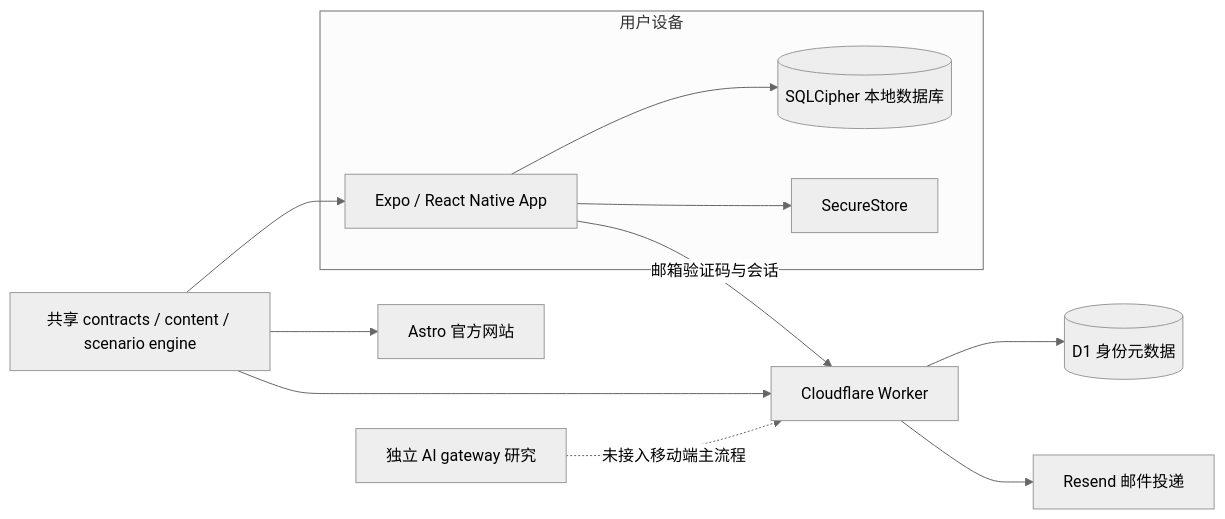
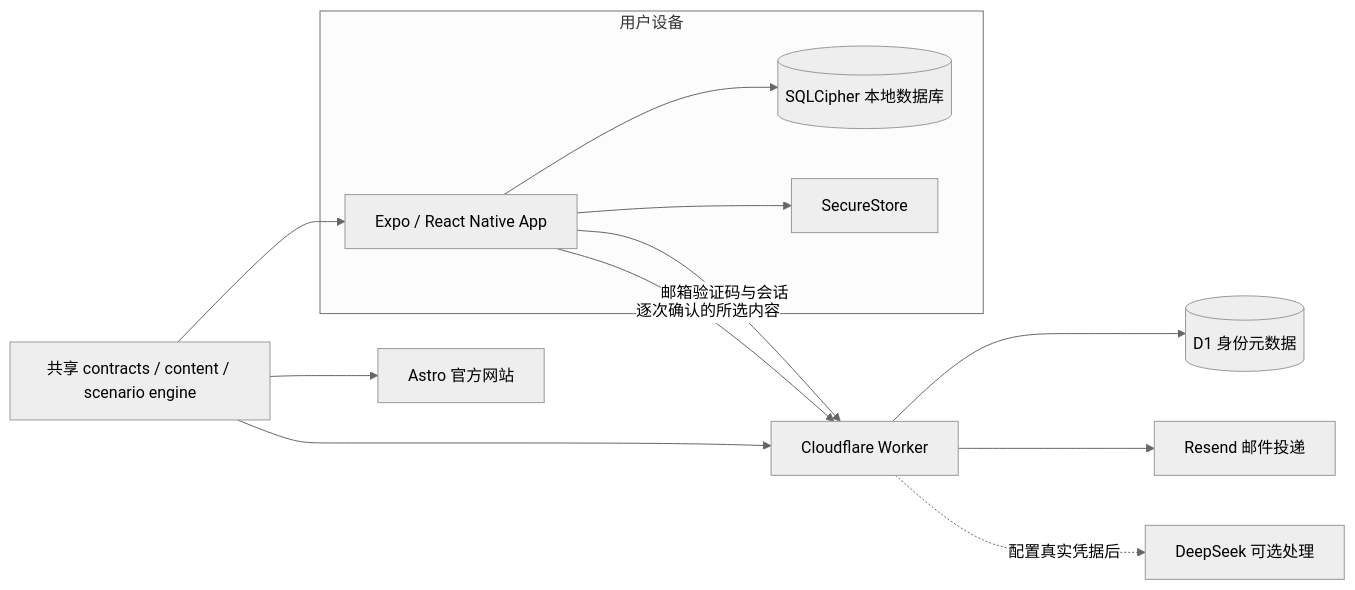
The diagram in README.md (CarterWells111/CAVE), drawn with Mermaid (neutral theme) before and after one commit. The commit also changed other lines of this file and 102 other files, not shown here.

````diff
--- a/README.md
+++ b/README.md
@@ -44,25 +45,26 @@
 ```mermaid
 flowchart LR
   subgraph Device[用户设备]
     Mobile[Expo / React Native App]
     DB[(SQLCipher 本地数据库)]
     Key[SecureStore]
     Mobile --> DB
     Mobile --> Key
   end
 
   Shared[共享 contracts / content / scenario engine]
   Worker[Cloudflare Worker]
   D1[(D1 身份元数据)]
   Resend[Resend 邮件投递]
   Web[Astro 官方网站]
-  Experimental[独立 AI gateway 研究]
+  Model[DeepSeek 可选处理]
 
   Shared --> Mobile
   Shared --> Worker
   Shared --> Web
   Mobile -- 邮箱验证码与会话 --> Worker
   Worker --> D1
   Worker --> Resend
-  Experimental -. 未接入移动端主流程 .-> Worker
+  Mobile -- 逐次确认的所选内容 --> Worker
+  Worker -. 配置真实凭据后 .-> Model
 ```
````
